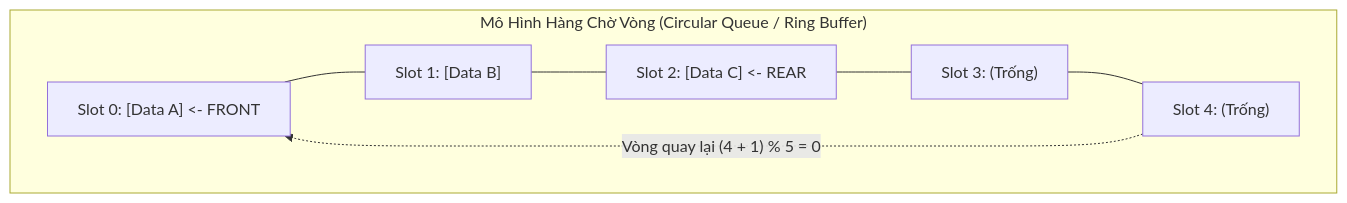
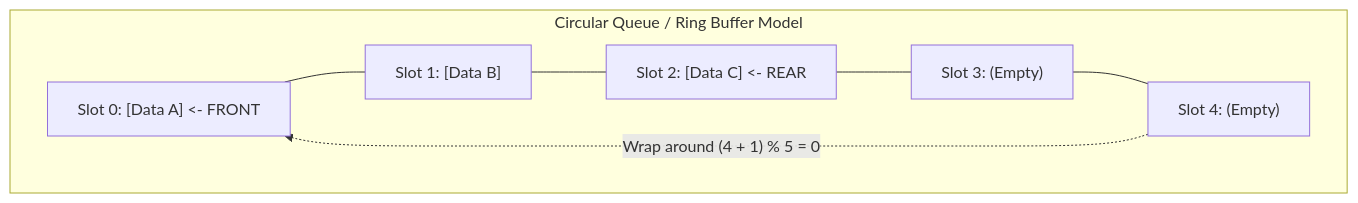
The diagram in src/data/blog/en/51-2026-06-18-data-structure-queue-fifo-circular-ring-buffer-cpp.md (ga2631/ga2631.github.io), drawn with Mermaid before and after one commit. The commit also changed other lines of this file and 74 other files, not shown here.

````diff
--- a/src/data/blog/en/51-2026-06-18-data-structure-queue-fifo-circular-ring-buffer-cpp.md
+++ b/src/data/blog/en/51-2026-06-18-data-structure-queue-fifo-circular-ring-buffer-cpp.md
@@ -52,10 +52,10 @@
 ```mermaid
 flowchart TD
-    subgraph RingBuffer ["Mô Hình Hàng Chờ Vòng (Circular Queue / Ring Buffer)"]
+    subgraph RingBuffer ["Circular Queue / Ring Buffer Model"]
         Slot0["Slot 0: [Data A] <- FRONT"] --- Slot1["Slot 1: [Data B]"]
         Slot1 --- Slot2["Slot 2: [Data C] <- REAR"]
-        Slot2 --- Slot3["Slot 3: (Trống)"]
-        Slot3 --- Slot4["Slot 4: (Trống)"]
-        Slot4 -.->|"Vòng quay lại (4 + 1) % 5 = 0"| Slot0
+        Slot2 --- Slot3["Slot 3: (Empty)"]
+        Slot3 --- Slot4["Slot 4: (Empty)"]
+        Slot4 -.->|"Wrap around (4 + 1) % 5 = 0"| Slot0
     end
 ```
````
